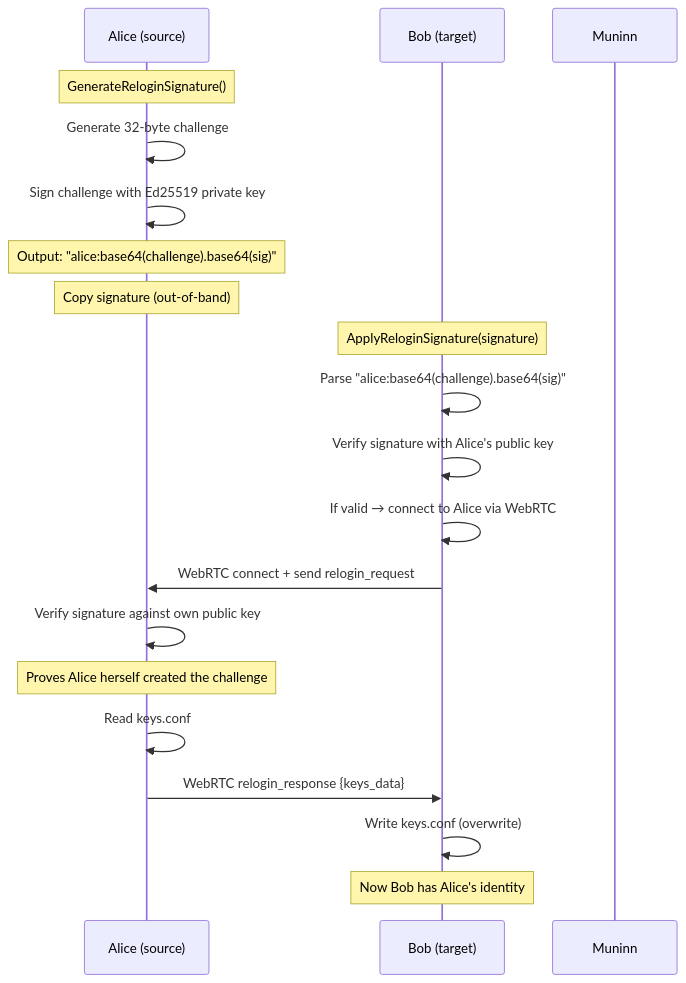
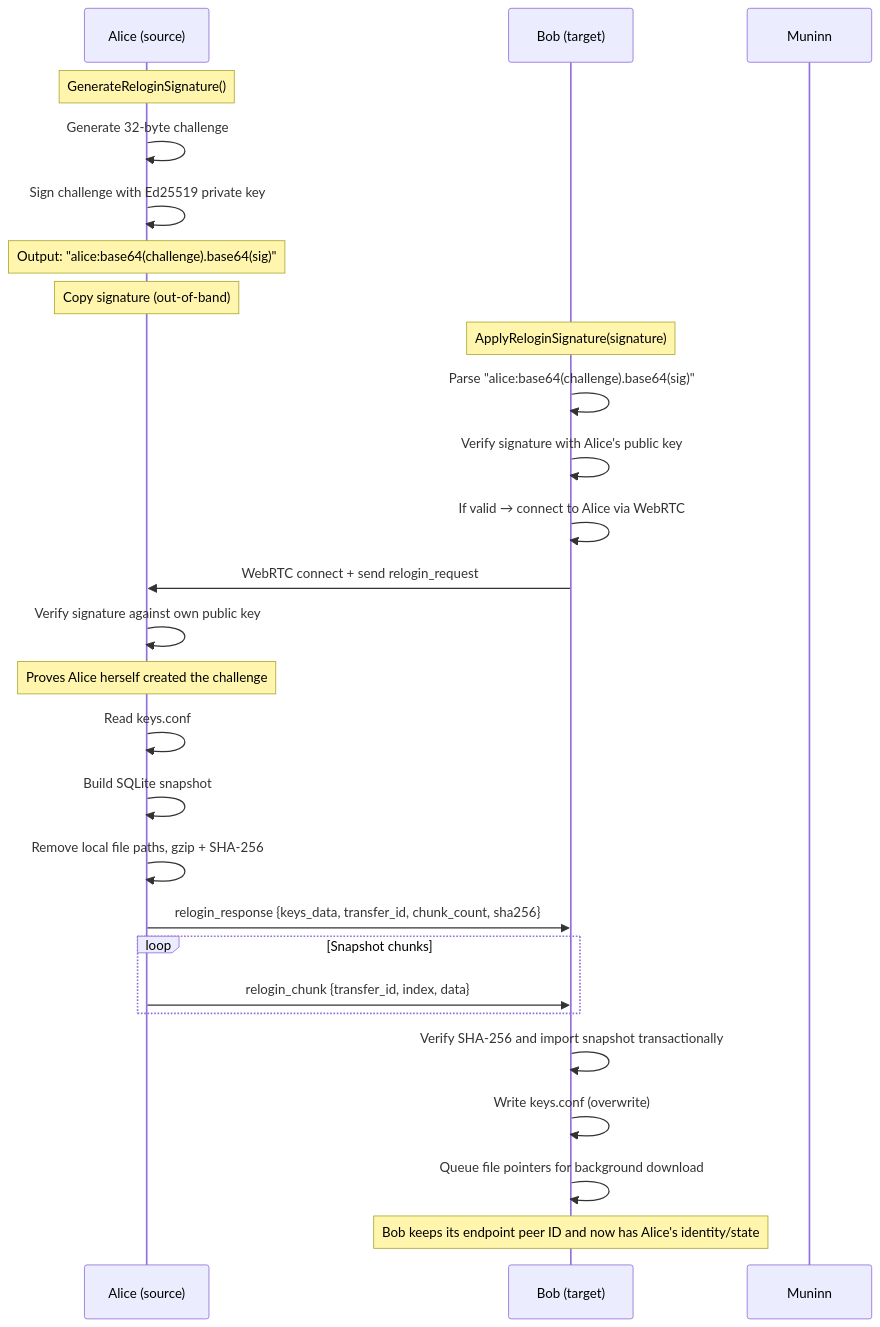
Diagram 18 of 18 in docs/architecture.md (killbane1232/huginn-messenger), drawn with Mermaid before and after one commit. The commit also changed other lines of this file and 10 other files, not shown here.

````diff
--- a/docs/architecture.md
+++ b/docs/architecture.md
@@ -699,27 +701,34 @@
 ```mermaid
 sequenceDiagram
     participant A as Alice (source)
     participant B as Bob (target)
     participant M as Muninn
 
     Note over A: GenerateReloginSignature()
     A->>A: Generate 32-byte challenge
     A->>A: Sign challenge with Ed25519 private key
     Note over A: Output: "alice:base64(challenge).base64(sig)"
 
     Note over A: Copy signature (out-of-band)
 
     Note over B: ApplyReloginSignature(signature)
     B->>B: Parse "alice:base64(challenge).base64(sig)"
     B->>B: Verify signature with Alice's public key
     B->>B: If valid → connect to Alice via WebRTC
     B->>A: WebRTC connect + send relogin_request
 
     A->>A: Verify signature against own public key
     Note over A: Proves Alice herself created the challenge
     A->>A: Read keys.conf
-    A->>B: WebRTC relogin_response {keys_data}
+    A->>A: Build SQLite snapshot
+    A->>A: Remove local file paths, gzip + SHA-256
+    A->>B: relogin_response {keys_data, transfer_id, chunk_count, sha256}
+    loop Snapshot chunks
+        A->>B: relogin_chunk {transfer_id, index, data}
+    end
 
+    B->>B: Verify SHA-256 and import snapshot transactionally
     B->>B: Write keys.conf (overwrite)
-    Note over B: Now Bob has Alice's identity
+    B->>B: Queue file pointers for background download
+    Note over B: Bob keeps its endpoint peer ID and now has Alice's identity/state
 ```
````
